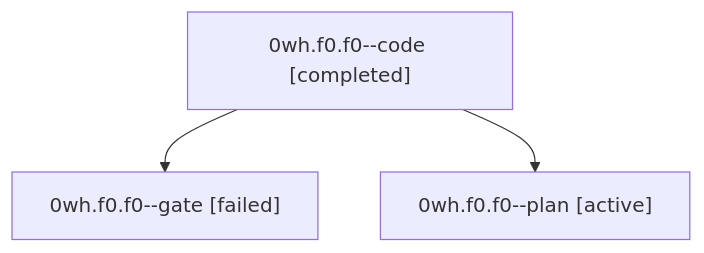
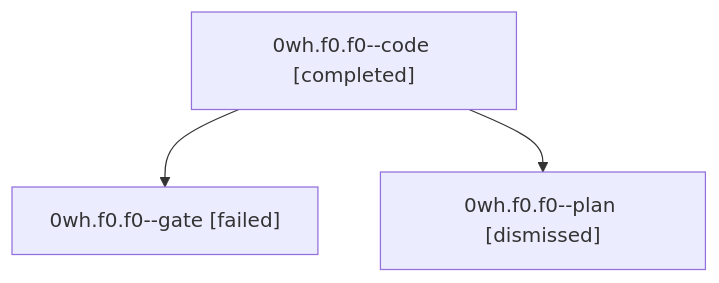
The diagram in sessions/bbugyi200.athena.0wh.f0.f0.md (bobs-org/bob-cli--agents), drawn with Mermaid before and after one commit. The commit also changed other lines of this file and 46 other files, not shown here.

````diff
--- a/sessions/bbugyi200.athena.0wh.f0.f0.md
+++ b/sessions/bbugyi200.athena.0wh.f0.f0.md
@@ -9,8 +9,8 @@
 ```mermaid
 flowchart TD
   n0["0wh.f0.f0--code [completed]"]
   n1["0wh.f0.f0--gate [failed]"]
   n0 --> n1
-  n2["0wh.f0.f0--plan [active]"]
+  n2["0wh.f0.f0--plan [dismissed]"]
   n0 --> n2
 ```
````
